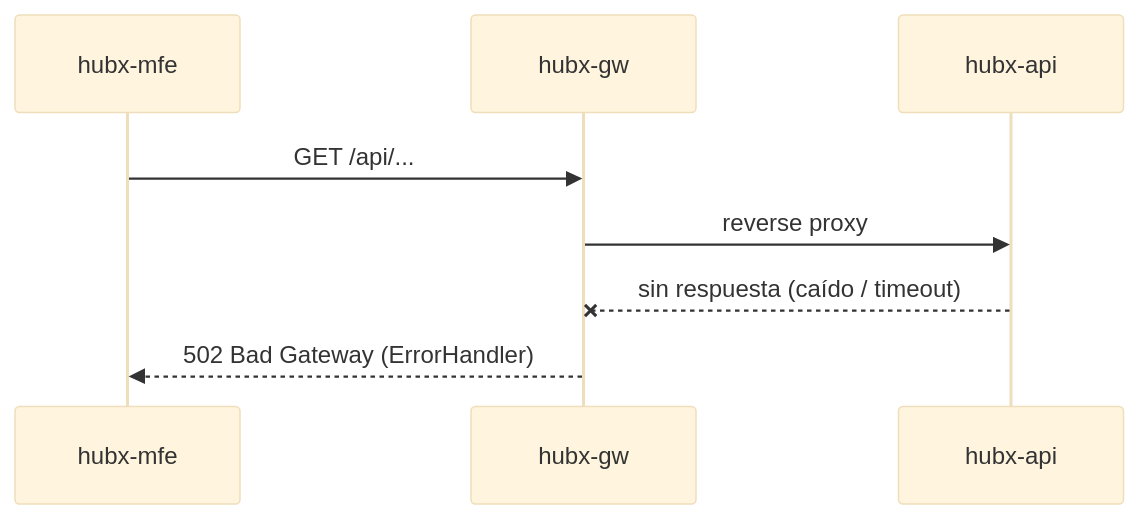
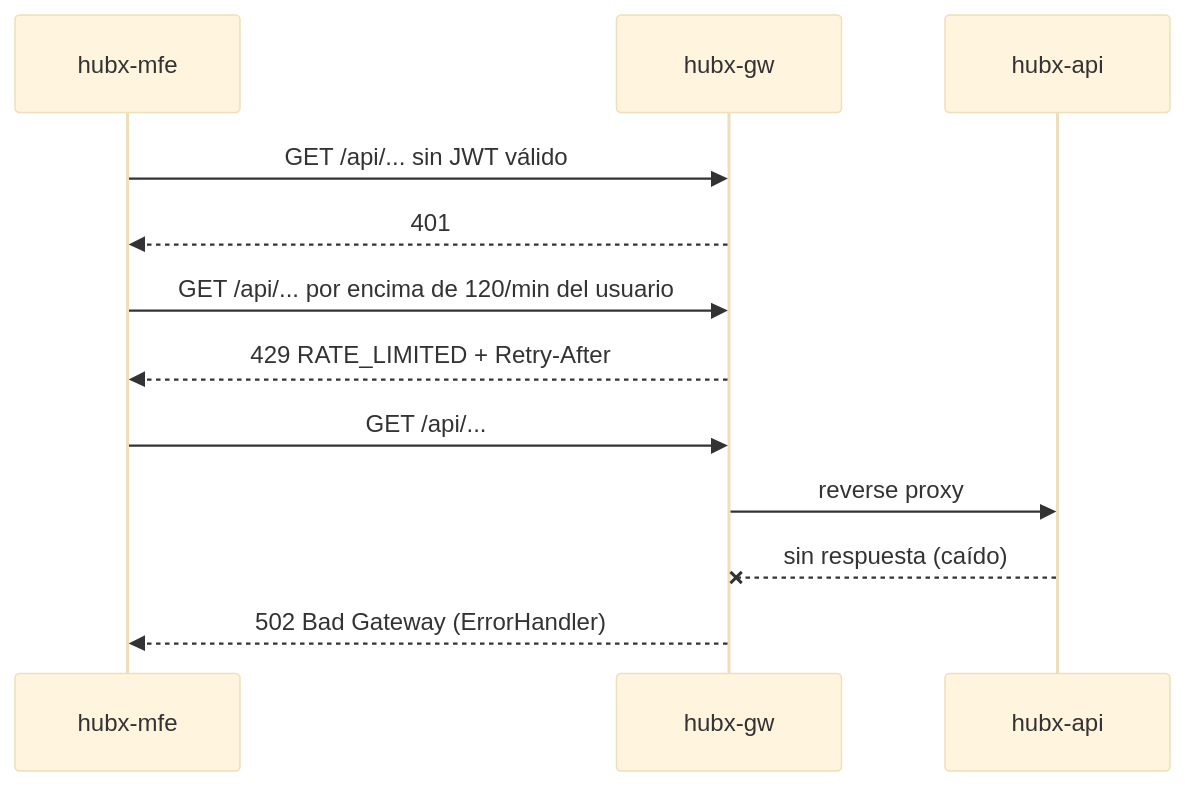
The sixth of 6 diagrams in docs/diagramas/04-flujos-aplicacion.md (JairoHGomezCastillo/hubx), drawn with Mermaid (base theme) before and after one commit. The commit also changed other lines of this file and 6 other files, not shown here.

Commit message:
[agent:hubx-lead] 011 update docs/diagramas to the current state

````diff
--- a/docs/diagramas/04-flujos-aplicacion.md
+++ b/docs/diagramas/04-flujos-aplicacion.md
@@ -111,11 +150,15 @@
 ```mermaid
 sequenceDiagram
     participant MFE as hubx-mfe
     participant GW as hubx-gw
     participant API as hubx-api
 
+    MFE->>GW: GET /api/... sin JWT válido
+    GW-->>MFE: 401
+    MFE->>GW: GET /api/... por encima de 120/min del usuario
+    GW-->>MFE: 429 RATE_LIMITED + Retry-After
     MFE->>GW: GET /api/...
     GW->>API: reverse proxy
-    API--xGW: sin respuesta (caído / timeout)
+    API--xGW: sin respuesta (caído)
     GW-->>MFE: 502 Bad Gateway (ErrorHandler)
 ```
````
